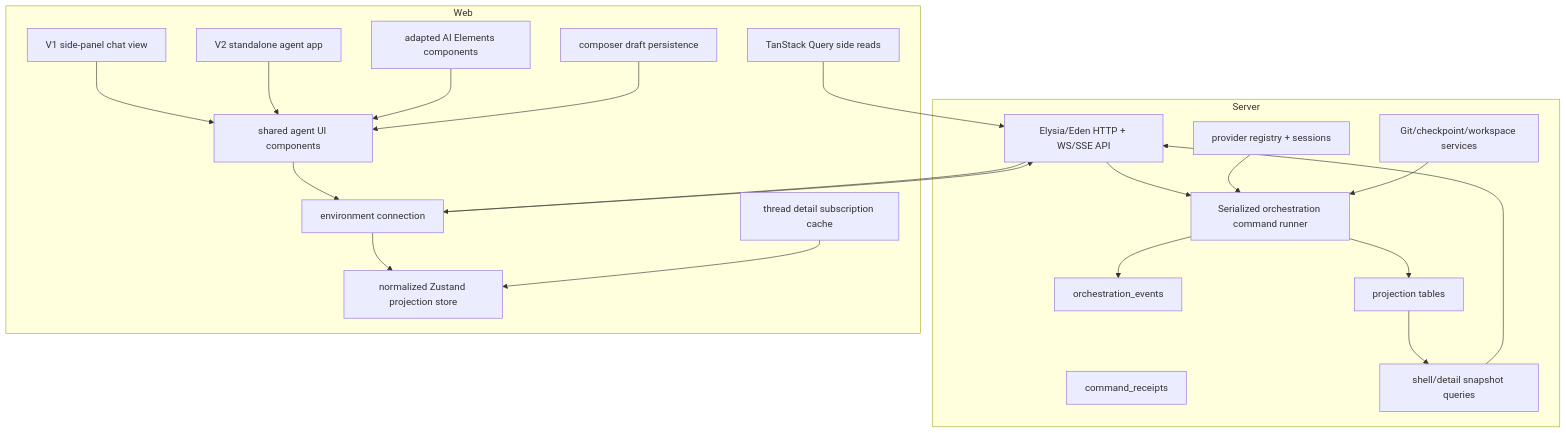
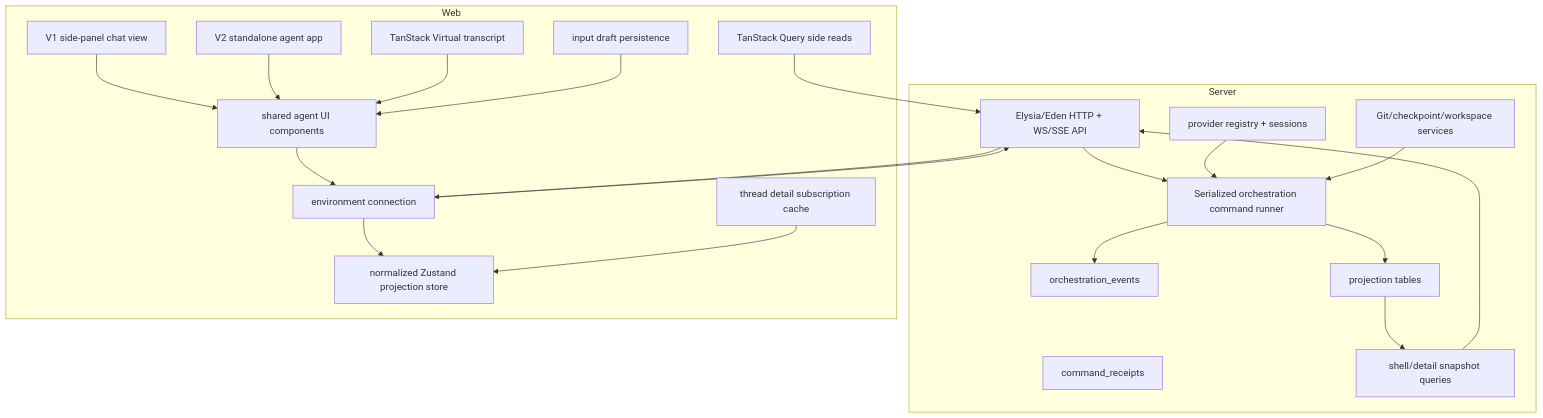
One commit to ShaulLavo/platform changed the diagram in docs/t3code-parity-implementation-plan.md. Above: the diagram before and after it, drawn with Mermaid. The commit also changed other lines of this file and 23 other files, not shown here.

````diff
--- a/docs/t3code-parity-implementation-plan.md
+++ b/docs/t3code-parity-implementation-plan.md
@@ -91,43 +79,43 @@
 ```mermaid
 flowchart TD
   subgraph Server
     API["Elysia/Eden HTTP + WS/SSE API"]
     CMD["Serialized orchestration command runner"]
     EV["orchestration_events"]
     RC["command_receipts"]
     PROJ["projection tables"]
     SNAP["shell/detail snapshot queries"]
     PRV["provider registry + sessions"]
     GIT["Git/checkpoint/workspace services"]
   end
 
   subgraph Web
     CONN["environment connection"]
     STORE["normalized Zustand projection store"]
     DETA["thread detail subscription cache"]
     RQ["TanStack Query side reads"]
-    AIE["adapted AI Elements components"]
+    VIRT["TanStack Virtual transcript"]
     UI["shared agent UI components"]
     SIDE["V1 side-panel chat view"]
     APP["V2 standalone agent app"]
-    DRAFT["composer draft persistence"]
+    DRAFT["input draft persistence"]
   end
 
   SIDE --> UI
   APP --> UI
-  AIE --> UI
+  VIRT --> UI
   UI --> CONN
   CONN --> API
   API --> CMD
   CMD --> EV
   CMD --> PROJ
   PROJ --> SNAP
   SNAP --> API
   API --> CONN
   CONN --> STORE
   DETA --> STORE
   RQ --> API
   PRV --> CMD
   GIT --> CMD
   DRAFT --> UI
 ```
````
